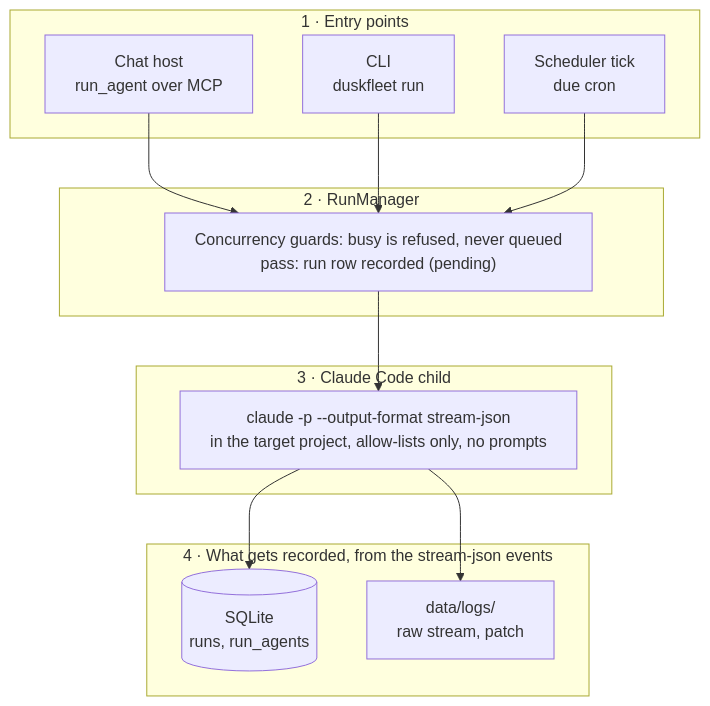
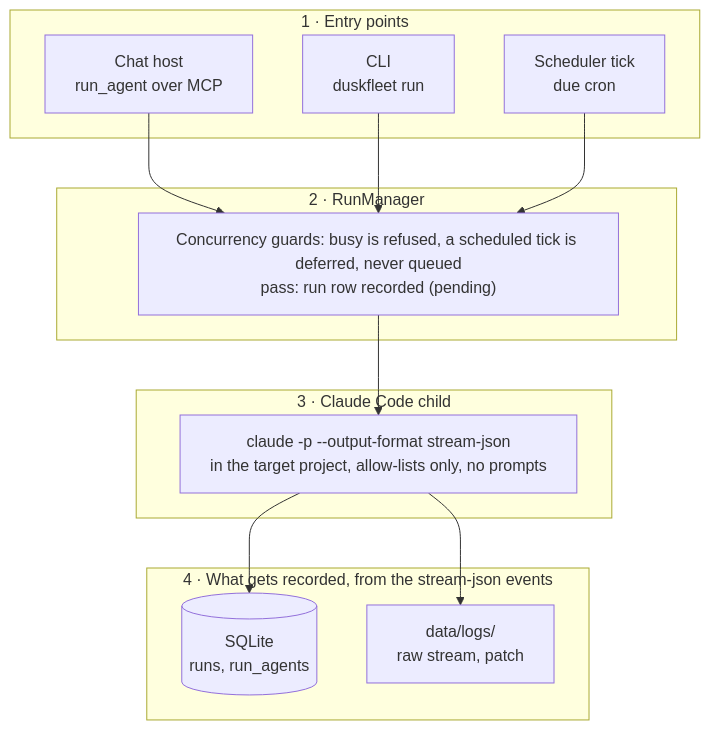
The first of 2 diagrams in README.md (duskfleet/duskfleet), drawn with Mermaid before and after one commit. The commit also changed other lines of this file, not shown here.

First line of the commit message:
README: a busy scheduled tick is deferred, not lost

````diff
--- a/README.md
+++ b/README.md
@@ -158,29 +159,29 @@
 ```mermaid
 %%{init: {"flowchart": {"wrappingWidth": 420}}}%%
 flowchart TB
     subgraph entry ["1 · Entry points"]
         chat["Chat host<br/>run_agent over MCP"]
         cli["CLI<br/>duskfleet run"]
         sched["Scheduler tick<br/>due cron"]
     end
 
     subgraph rm ["2 · RunManager"]
-        guards["Concurrency guards: busy is refused, never queued<br/>pass: run row recorded (pending)"]
+        guards["Concurrency guards: busy is refused, a scheduled tick is deferred, never queued<br/>pass: run row recorded (pending)"]
     end
 
     subgraph child ["3 · Claude Code child"]
         claude["claude -p --output-format stream-json<br/>in the target project, allow-lists only, no prompts"]
     end
 
     subgraph rec ["4 · What gets recorded, from the stream-json events"]
         db[("SQLite<br/>runs, run_agents")]
         logs["data/logs/<br/>raw stream, patch"]
     end
 
     chat --> guards
     cli --> guards
     sched --> guards
     guards --> claude
     claude --> db
     claude --> logs
 ```
````
